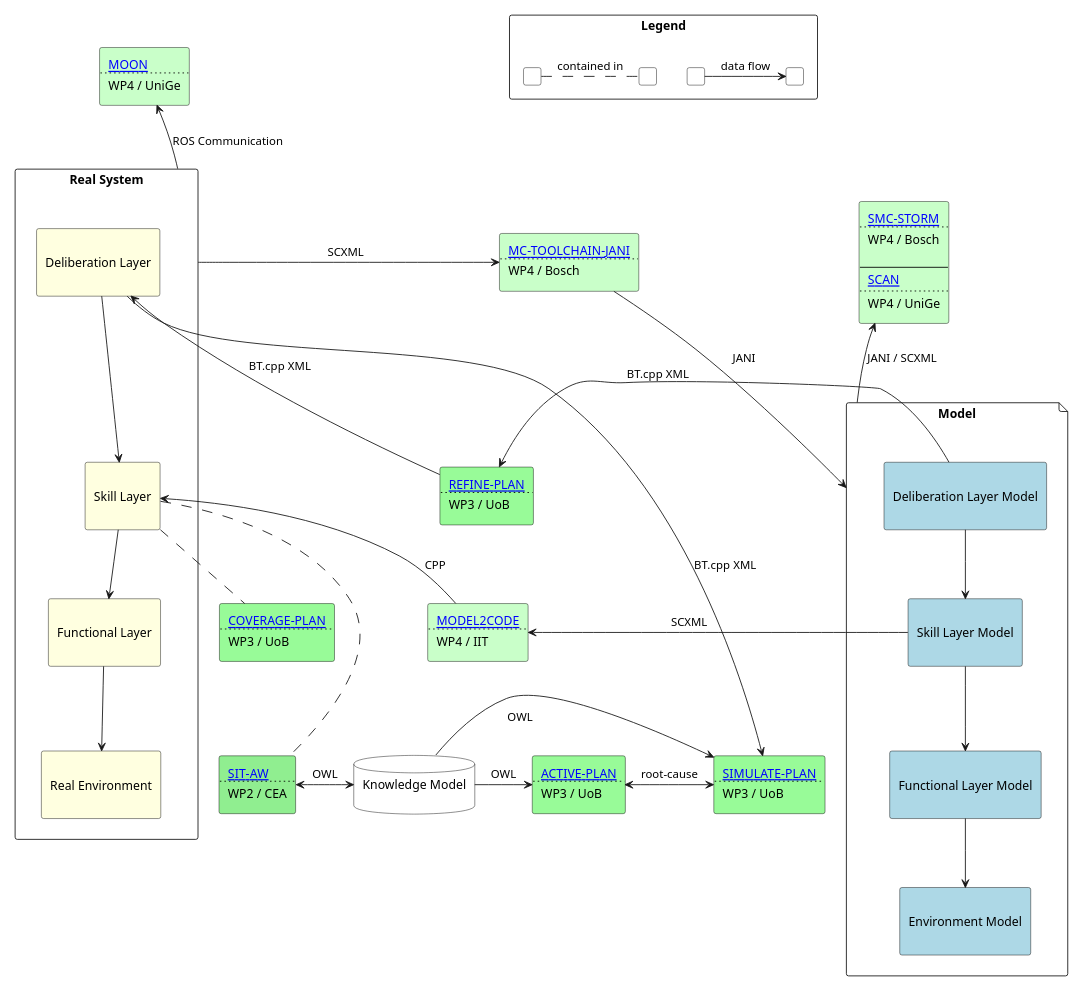
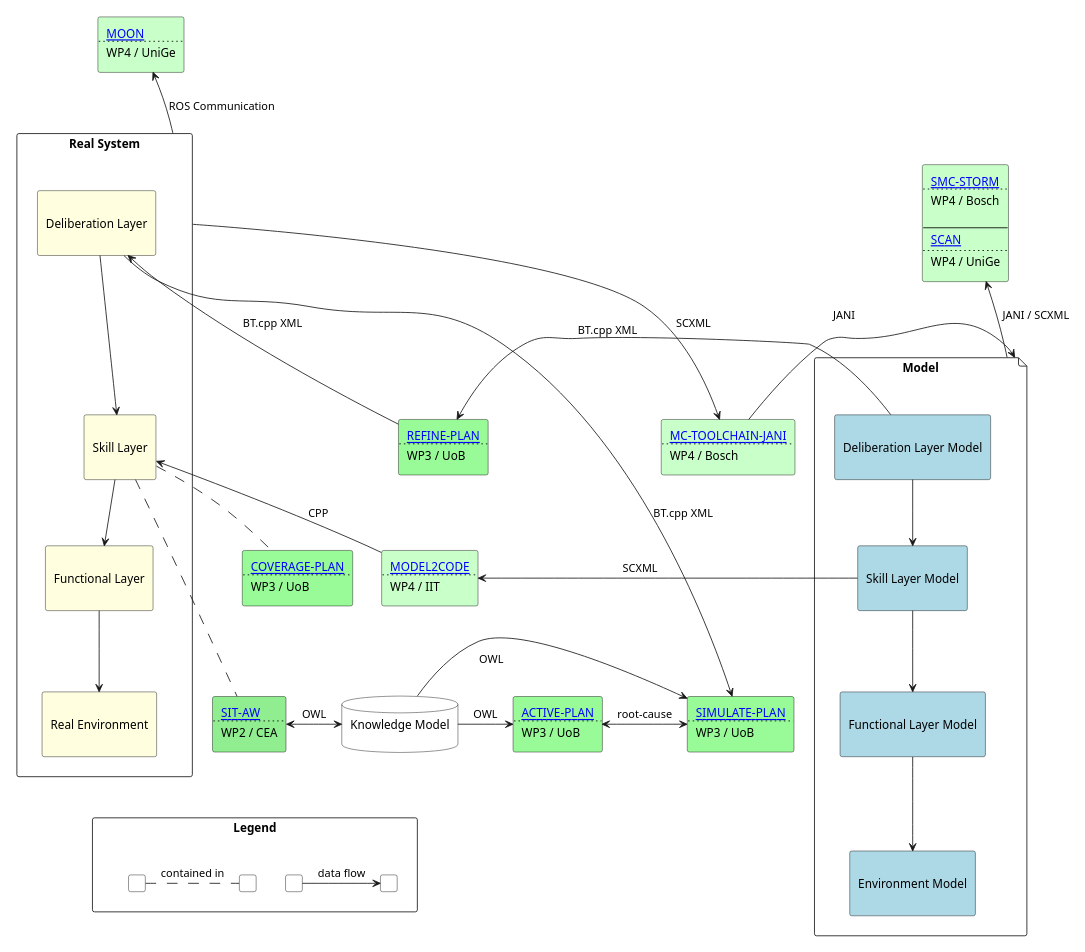
Before and after one commit to convince-project/overview: the diagram in docs/source/overview.plantuml, drawn with PlantUML. The commit also changed 1 other file, not shown here.

Commit message:
maybe having additional little diagrams

```diff
--- a/docs/source/overview.plantuml
+++ b/docs/source/overview.plantuml
@@ -1,140 +1,142 @@
 @startuml overview
 scale 700 width
 
 skinparam agent {
     BackgroundColor White
     BorderColor Black
 }
 skinparam database {
     BackgroundColor White
     BorderColor Black
 }
 
 rectangle "Real System" as r {
     agent "\nDeliberation Layer\n" as rdelib #LightYellow
     agent "\nSkill Layer\n" as rskill #LightYellow
     agent "\nFunctional Layer\n" as rfunc #LightYellow
     agent "\nReal Environment\n" as renv #LightYellow
 
     rdelib --> rskill
     rskill --> rfunc
     rfunc --> renv
 }
 
 file "Model" as m {
     agent "\nDeliberation Layer Model\n" as mdelib #LightBlue
     agent "\nSkill Layer Model\n" as mskill #LightBlue
     agent "\nFunctional Layer Model\n" as mfunc #LightBlue
     agent "\nEnvironment Model\n" as menv #LightBlue
 
     mdelib --> mskill
     mskill --> mfunc
     mfunc --> menv
 }
 
 database "Knowledge Model\n" as k 
 
 ' WP2
 
 agent sitaw #LightGreen [
 [[https:///github.com/convince-project/sit-aw SIT-AW]]
 ....
 WP2 / CEA
 ]
 ' }
 
 renv -[hidden]> sitaw
 rskill .. sitaw
 sitaw <-> k : OWL
 
 ' WP3
 
 agent refineplan #PaleGreen [
 [[https://github.com/convince-project/refine-plan REFINE-PLAN]]
 ....
 WP3 / UoB
 ] 
 agent coverageplan #PaleGreen [
 [[https:///github.com/convince-project/coverage-plan COVERAGE-PLAN]]
 ....
 WP3 / UoB
 ]
 agent activeplan #PaleGreen [
 [[https://github.com/convince-project/active-plan ACTIVE-PLAN]]
 ....
 WP3 / UoB
 ] 
 agent simulateplan #PaleGreen [
 [[https://github.com/convince-project/simulate-plan SIMULATE-PLAN]]
 ....
 WP3 / UoB
 ] 
 
 rskill .. coverageplan
 rfunc -[hidden]> coverageplan
 activeplan <-> simulateplan : root-cause
 mdelib -> refineplan : "\nBT.cpp XML"
 refineplan -> rdelib : "BT.cpp XML"
 rdelib -> simulateplan : "BT.cpp XML"
 k -> simulateplan : "\nOWL"
 k -> activeplan : OWL
 
 ' WP4
 
 agent moon #TECHNOLOGY [
 [[https:///github.com/convince-project/moon MOON]]
 ....
 WP4 / UniGe
 ]
 ' ]
 agent stormscan #TECHNOLOGY [
 [[https:///github.com/convince-project/smc_storm SMC-STORM]]
 ....
 WP4 / Bosch
 
 ----
 [[https:///github.com/convince-project/scan SCAN]]
 ....
 WP4 / UniGe
 ]
 agent jani #TECHNOLOGY [
 [[https:///github.com/convince-project/mc-toolchain-jani MC-TOOLCHAIN-JANI]]
 ....
 WP4 / Bosch
 ]
 agent modeltocode #TECHNOLOGY [
 [[https:///github.com/convince-project/modeltocode MODEL2CODE]]
 ....
 WP4 / IIT
 ]
 
 moon -[hidden]-> rdelib
 moon <-- r : ROS Communication
 
 stormscan -[hidden]-> mdelib
 stormscan <-- m : "JANI / SCXML\n"
 
 r -> jani : "SCXML"
 jani -> m : "JANI\n"
 rskill <- modeltocode : "CPP"
 modeltocode <- mskill : "SCXML\t\t\t"
 coverageplan -[hidden]> modeltocode
 
 refineplan -[hidden]-> modeltocode
 
 
-rectangle Legend {
+rectangle Legend as legend {
     agent a [
     ]
     agent b [
     ]
     a -> b : "data flow"
 
     agent c [
     ]
     agent d [
     ]
     c . d : "contained in"
 }
 
+renv -[hidden]-> legend
+
 @enduml
```
